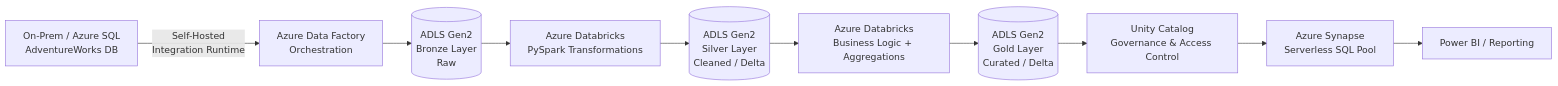
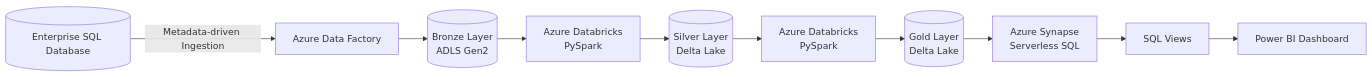
Before and after one commit to nikhilmanne10/azure-data-engineering-end-to-end-project: the diagram in README.md, drawn with Mermaid. The commit also changed other lines of this file, not shown here.

Commit message:
Revise architecture flowchart and author information
Updated architecture diagram and author links in README.

````diff
--- a/README.md
+++ b/README.md
@@ -26,12 +26,22 @@
 ```mermaid
 flowchart LR
-    A[On-Prem / Azure SQL<br/>AdventureWorks DB] -->|Self-Hosted<br/>Integration Runtime| B[Azure Data Factory<br/>Orchestration]
-    B --> C[(ADLS Gen2<br/>Bronze Layer<br/>Raw)]
-    C --> D[Azure Databricks<br/>PySpark Transformations]
-    D --> E[(ADLS Gen2<br/>Silver Layer<br/>Cleaned / Delta)]
-    E --> F[Azure Databricks<br/>Business Logic + Aggregations]
-    F --> G[(ADLS Gen2<br/>Gold Layer<br/>Curated / Delta)]
-    G --> H[Unity Catalog<br/>Governance & Access Control]
-    H --> I[Azure Synapse<br/>Serverless SQL Pool]
-    I --> J[Power BI / Reporting]
+
+    A[(Enterprise SQL Database)]
+        -->|Metadata-driven Ingestion| B[Azure Data Factory]
+
+    B --> C[(Bronze Layer<br/>ADLS Gen2)]
+
+    C --> D[Azure Databricks<br/>PySpark]
+
+    D --> E[(Silver Layer<br/>Delta Lake)]
+
+    E --> F[Azure Databricks<br/>PySpark]
+
+    F --> G[(Gold Layer<br/>Delta Lake)]
+
+    G --> H[Azure Synapse<br/>Serverless SQL]
+
+    H --> I[SQL Views]
+
+    I --> J[Power BI Dashboard]
 ```
````
